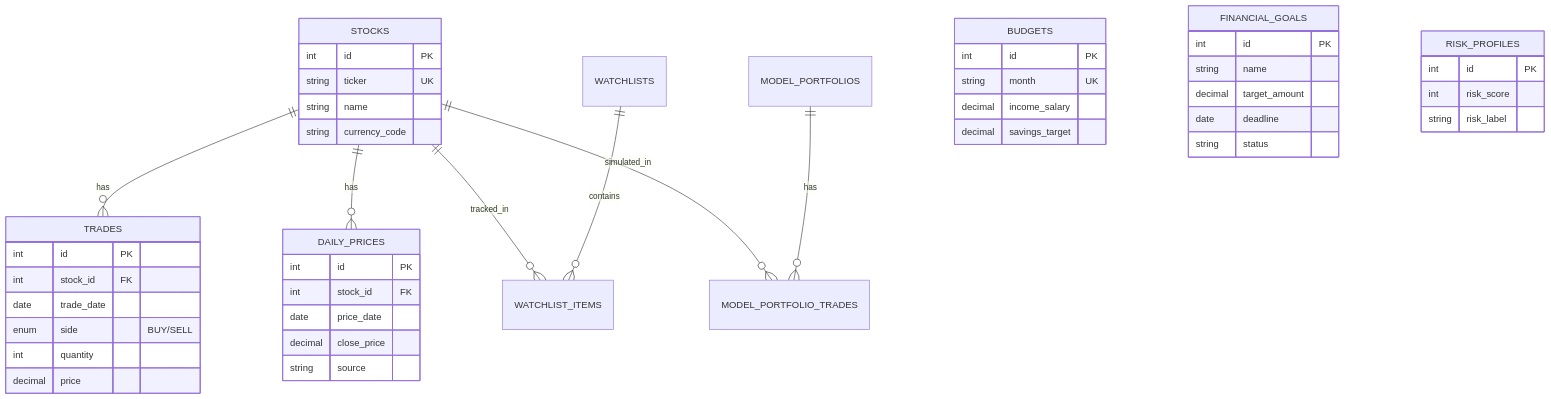
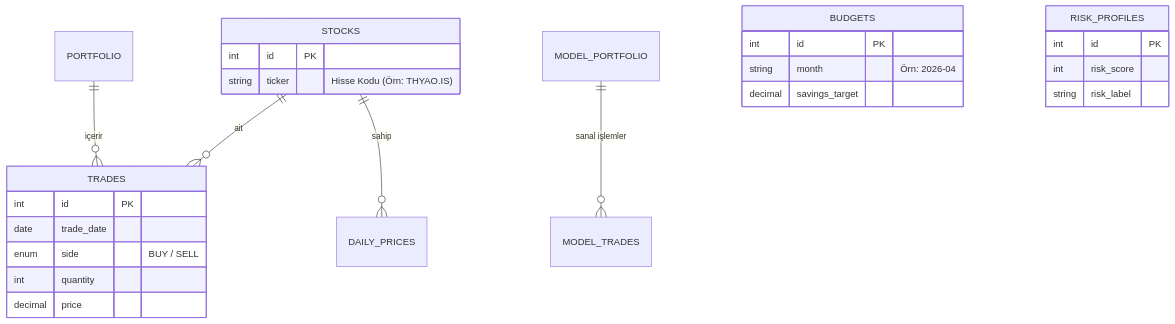
Before and after one commit to Yusufygc/PortfoySimulasyonu: the second of 2 diagrams in README.md, drawn with Mermaid. The commit also changed other lines of this file, not shown here.

````diff
--- a/README.md
+++ b/README.md
@@ -266,49 +106,29 @@
 ```mermaid
 erDiagram
-    STOCKS ||--o{ TRADES : "has"
-    STOCKS ||--o{ DAILY_PRICES : "has"
-    STOCKS ||--o{ WATCHLIST_ITEMS : "tracked_in"
-    STOCKS ||--o{ MODEL_PORTFOLIO_TRADES : "simulated_in"
-    WATCHLISTS ||--o{ WATCHLIST_ITEMS : "contains"
-    MODEL_PORTFOLIOS ||--o{ MODEL_PORTFOLIO_TRADES : "has"
+    PORTFOLIO ||--o{ TRADES : "içerir"
+    STOCKS ||--o{ TRADES : "ait"
+    STOCKS ||--o{ DAILY_PRICES : "sahip"
+    MODEL_PORTFOLIO ||--o{ MODEL_TRADES : "sanal işlemler"
     
     STOCKS {
         int id PK
-        string ticker UK
-        string name
-        string currency_code
+        string ticker "Hisse Kodu (Örn: THYAO.IS)"
     }
     TRADES {
         int id PK
-        int stock_id FK
         date trade_date
-        enum side "BUY/SELL"
+        enum side "BUY / SELL"
         int quantity
         decimal price
     }
-    DAILY_PRICES {
-        int id PK
-        int stock_id FK
-        date price_date
-        decimal close_price
-        string source
-    }
     BUDGETS {
         int id PK
-        string month UK
-        decimal income_salary
+        string month "Örn: 2026-04"
         decimal savings_target
-    }
-    FINANCIAL_GOALS {
-        int id PK
-        string name
-        decimal target_amount
-        date deadline
-        string status
     }
     RISK_PROFILES {
         int id PK
         int risk_score
         string risk_label
     }
 ```
````
